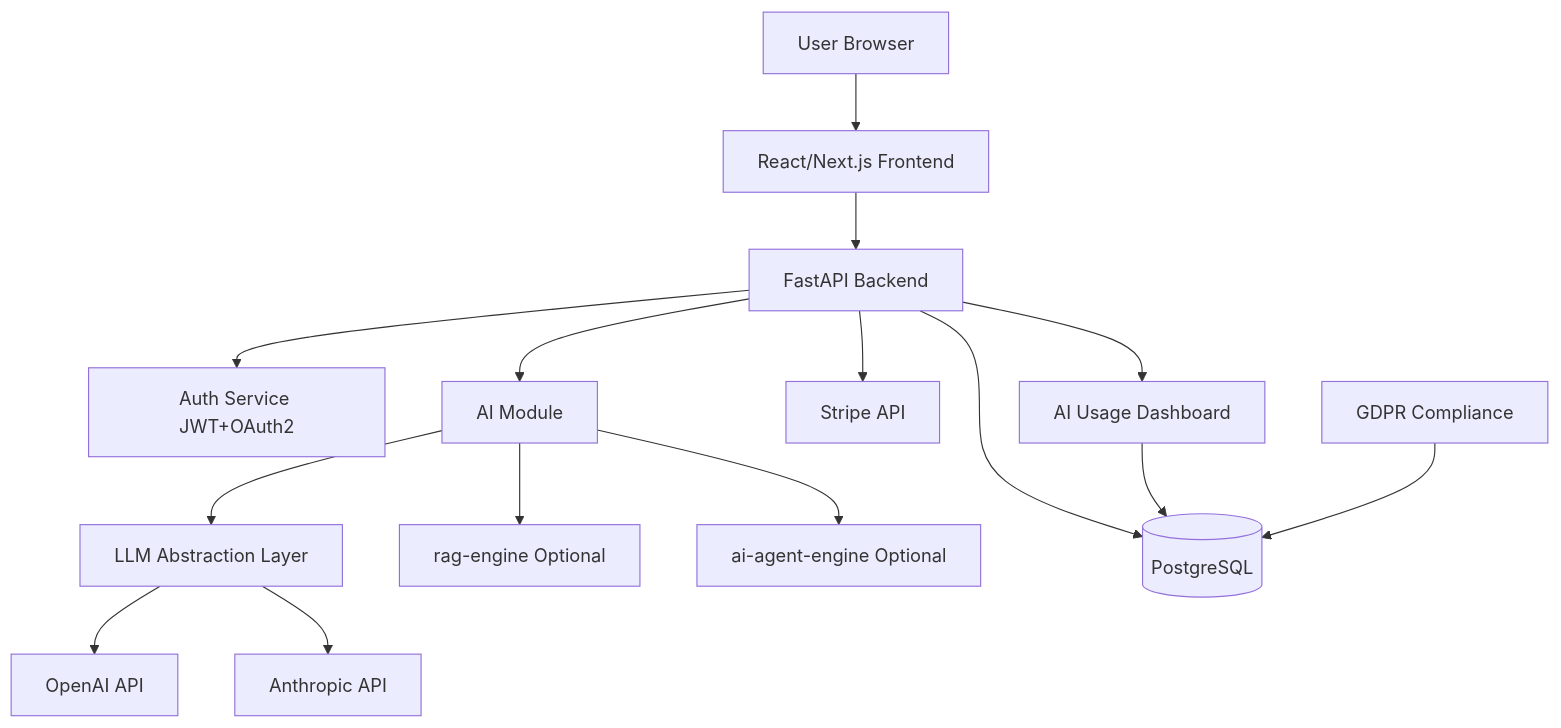
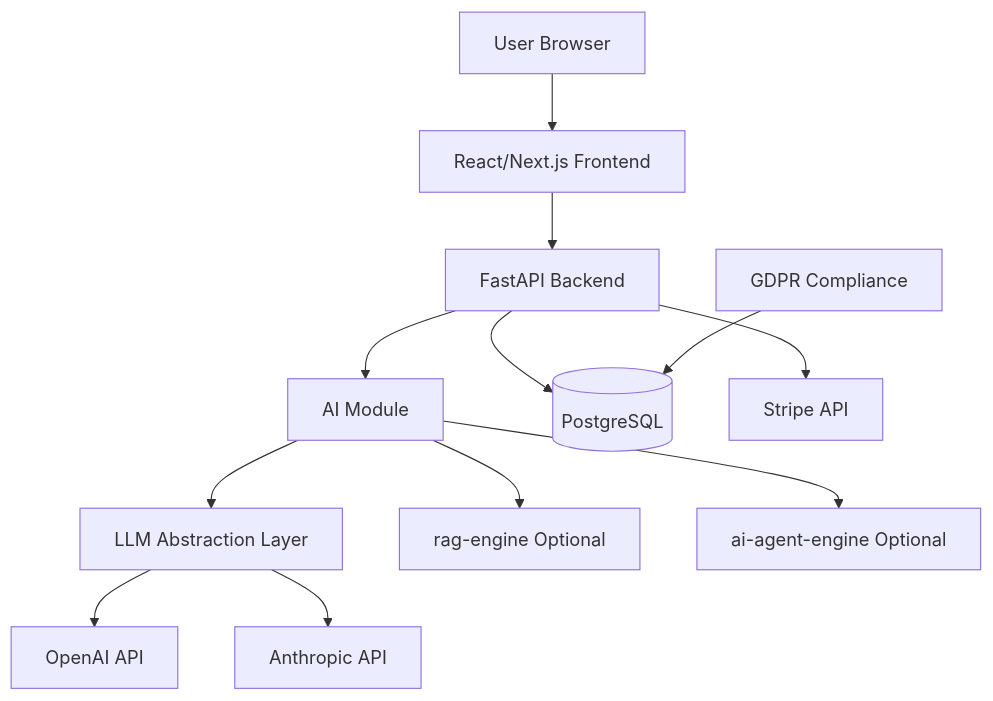
Before and after one commit to dangtienvn/dataset-quality-toolkit: the diagram in docs/architecture.md, drawn with Mermaid. The commit also changed other lines of this file and 31 other files, not shown here.

````diff
--- a/docs/architecture.md
+++ b/docs/architecture.md
@@ -5,32 +5,27 @@
 ```mermaid
 graph TB
     User[User Browser]
     Frontend[React/Next.js Frontend]
     API[FastAPI Backend]
-    Auth[Auth Service JWT+OAuth2]
     AI[AI Module]
     LLM_Abstract[LLM Abstraction Layer]
     OpenAI[OpenAI API]
     Anthropic[Anthropic API]
     RAG[rag-engine Optional]
     Agents[ai-agent-engine Optional]
     DB[(PostgreSQL)]
     Stripe[Stripe API]
-    Dashboard[AI Usage Dashboard]
     GDPR[GDPR Compliance]
 
     User --> Frontend
     Frontend --> API
-    API --> Auth
     API --> AI
     AI --> LLM_Abstract
     LLM_Abstract --> OpenAI
     LLM_Abstract --> Anthropic
     AI --> RAG
     AI --> Agents
     API --> DB
     API --> Stripe
-    API --> Dashboard
-    Dashboard --> DB
     GDPR --> DB
 ```
````
